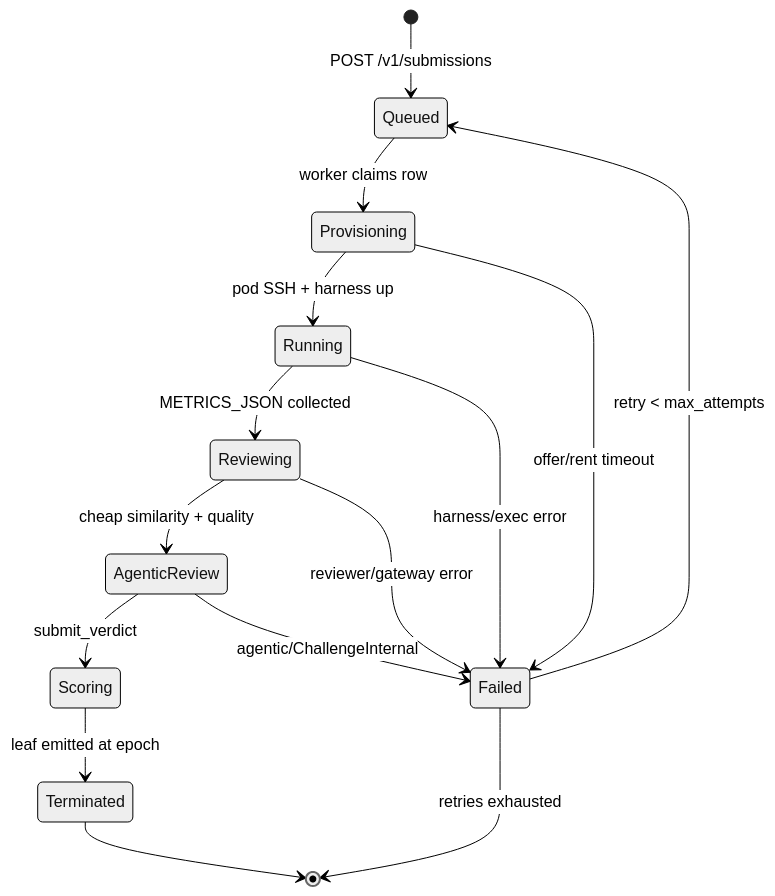
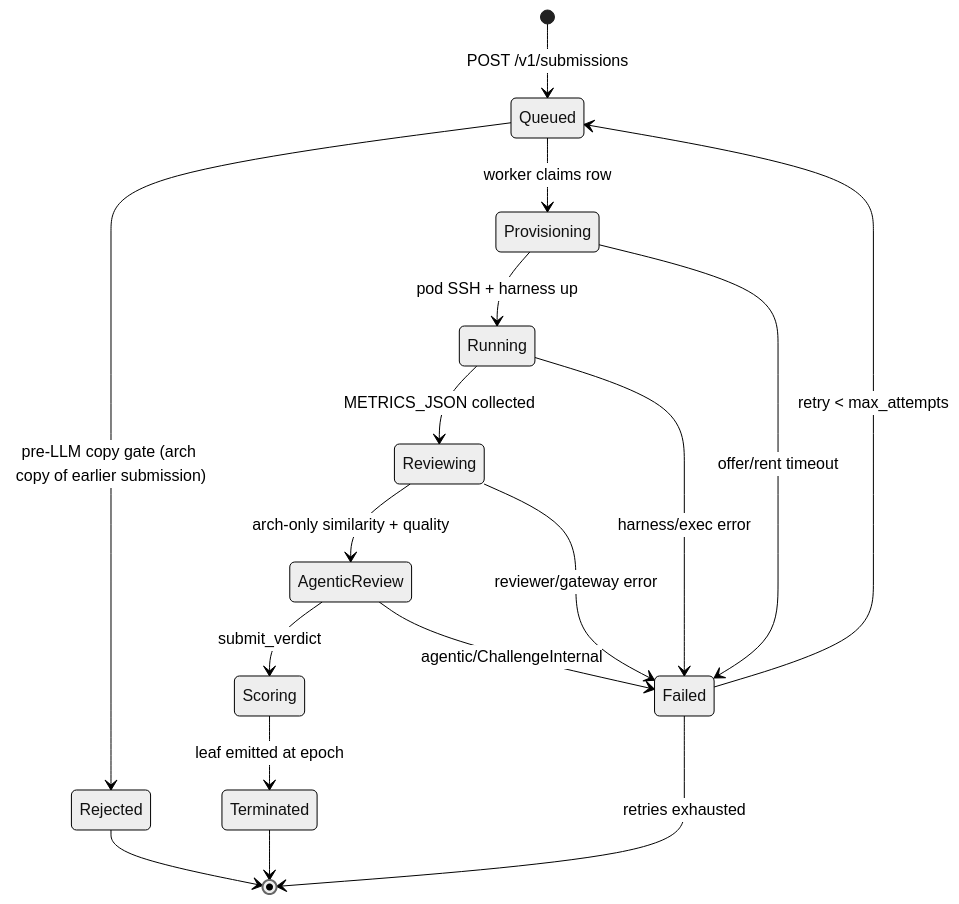
The diagram in docs/PRISM.md (BaseIntelligence/base), drawn with Mermaid (neutral theme) before and after one commit. The commit also changed other lines of this file and 32 other files, not shown here.

Commit message:
feat(prism): arch registry, training-only competition, top-model

````diff
--- a/docs/PRISM.md
+++ b/docs/PRISM.md
@@ -31,17 +40,19 @@
 ```mermaid
 stateDiagram-v2
     [*] --> Queued: POST /v1/submissions
+    Queued --> Rejected: pre-LLM copy gate (arch copy of earlier submission)
     Queued --> Provisioning: worker claims row
     Provisioning --> Running: pod SSH + harness up
     Running --> Reviewing: METRICS_JSON collected
-    Reviewing --> AgenticReview: cheap similarity + quality
+    Reviewing --> AgenticReview: arch-only similarity + quality
     AgenticReview --> Scoring: submit_verdict
     Scoring --> Terminated: leaf emitted at epoch
     Provisioning --> Failed: offer/rent timeout
     Running --> Failed: harness/exec error
     Reviewing --> Failed: reviewer/gateway error
     AgenticReview --> Failed: agentic/ChallengeInternal
     Failed --> Queued: retry < max_attempts
     Failed --> [*]: retries exhausted
+    Rejected --> [*]
     Terminated --> [*]
 ```
````
